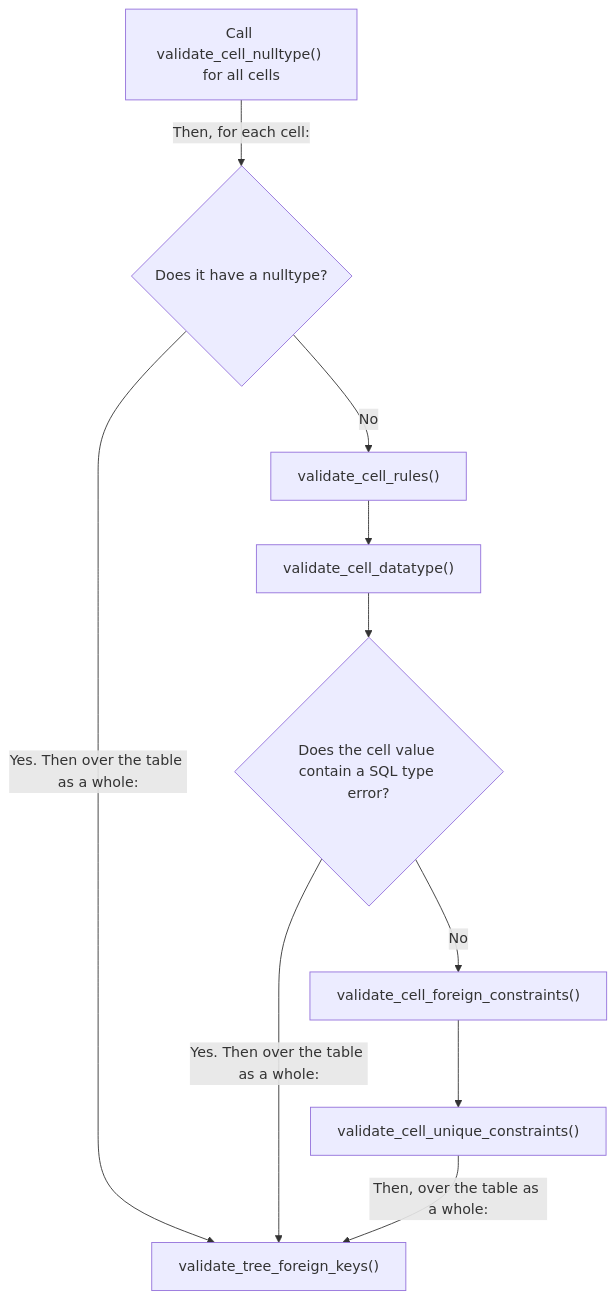
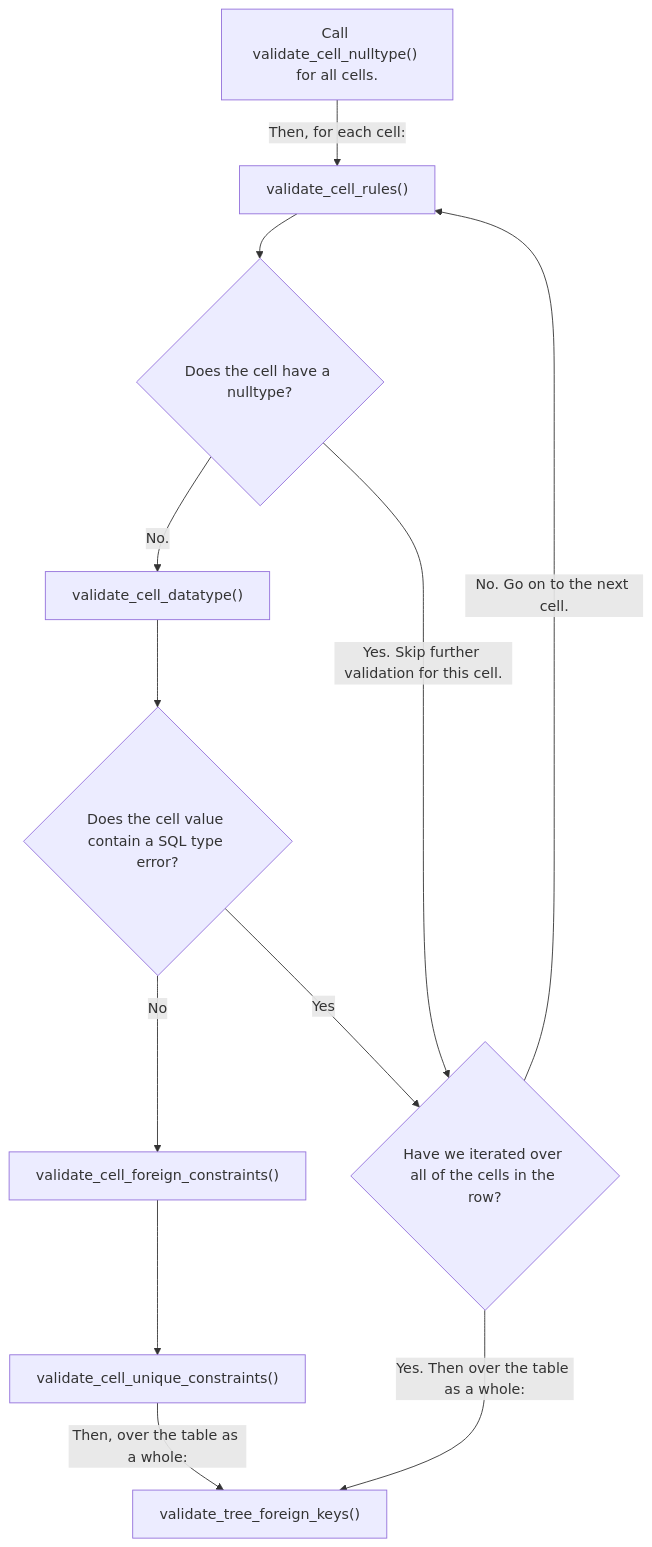
One commit to ontodev/valve.rs changed the diagram in README.md. Above: the diagram before and after it, drawn with Mermaid.

Commit message:
tweak validation flowchart

````diff
--- a/README.md
+++ b/README.md
@@ -335,20 +335,23 @@
 ```mermaid
 flowchart TD
-    node1["Call validate_cell_nulltype() for all cells"]
-    modal1{"Does it have a nulltype?"}
+    node1["Call validate_cell_nulltype() for all cells."]
+    node1 -- "Then, for each cell:" --> node2
     node2["validate_cell_rules()"]
+    node2 --> modal1
+    modal1{"Does the cell have a nulltype?"}
+    modal1 -- No. --> node3
+    modal1 -- Yes. Skip further validation for this cell. --> modal3
     node3["validate_cell_datatype()"]
+    node3 --> modal2
     modal2{"Does the cell value contain a SQL type error?"}
+    modal2 -- No --> node4
+    modal2 -- Yes --> modal3
     node4["validate_cell_foreign_constraints()"]
+    node4 --> node5
     node5["validate_cell_unique_constraints()"]
+    node5 -- "Then, over the table as a whole:" --> node6
+    modal3{"Have we iterated over all of the cells in the row?"}
+    modal3 -- Yes. Then over the table as a whole: --> node6
+    modal3 -- No. Go on to the next cell. --> node2
     node6["validate_tree_foreign_keys()"]
-    node1 -- "Then, for each cell:" --> modal1
-    modal1 -- No --> node2
-    modal1 -- Yes. Then over the table as a whole: --> node6
-    node2 --> node3
-    node3 --> modal2
-    modal2 -- No --> node4
-    modal2 -- Yes. Then over the table as a whole: --> node6
-    node4 --> node5
-    node5 -- "Then, over the table as a whole:" --> node6
 ```
````
